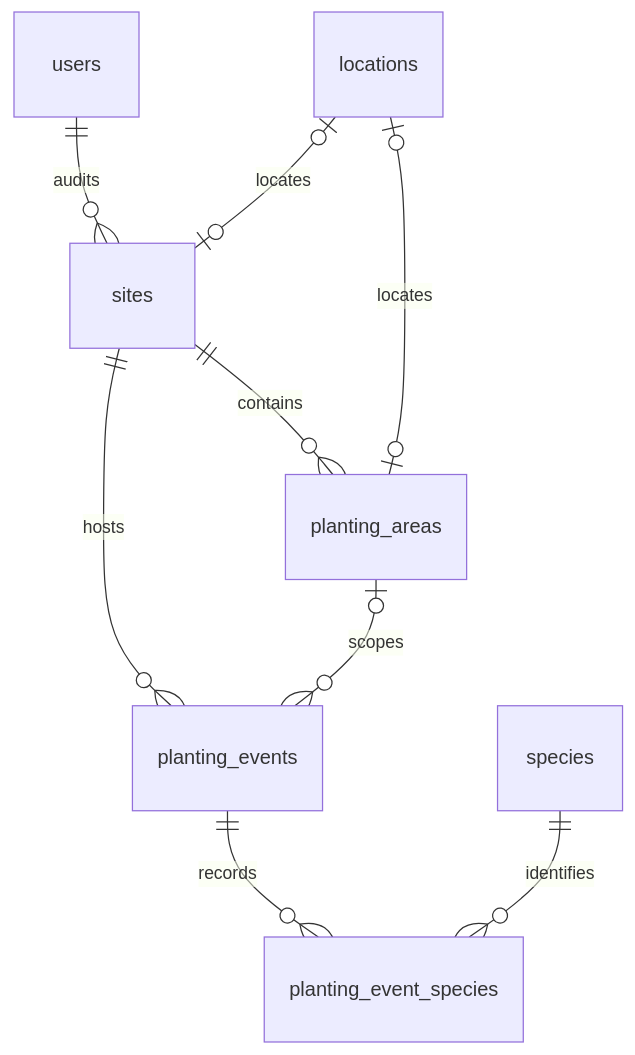
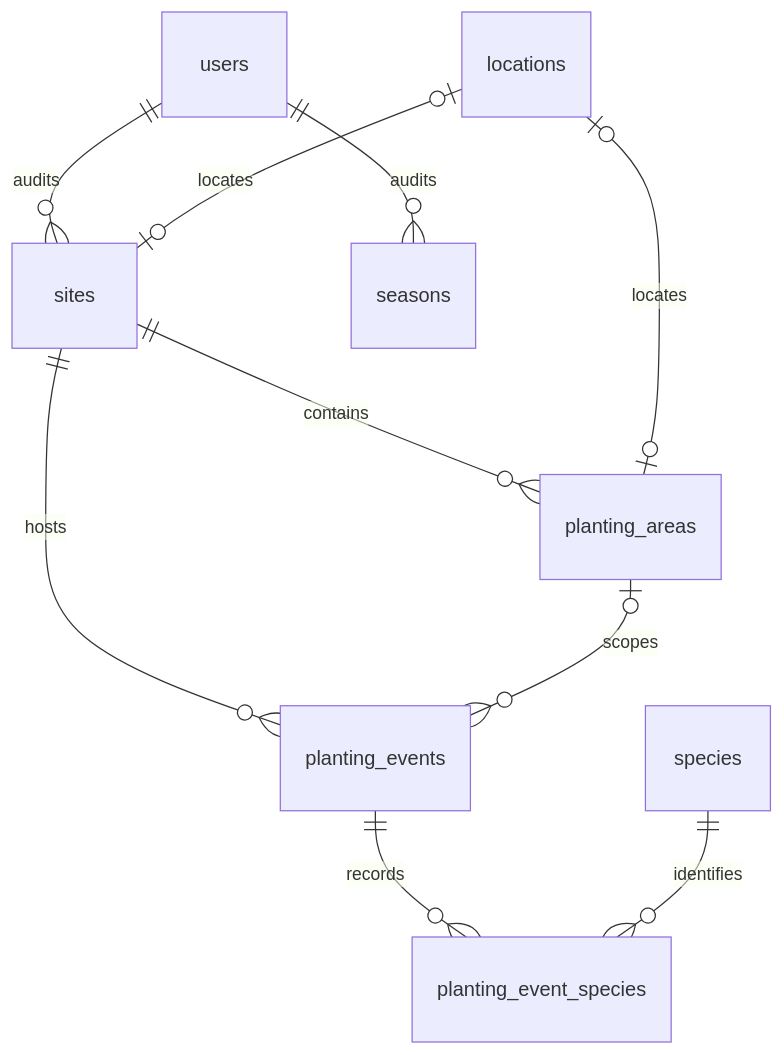
The diagram in db/README.md (qtn-community-tech-lab/whakatipu-planting-records), drawn with Mermaid before and after one commit. The commit also changed other lines of this file and 93 other files, not shown here.

````diff
--- a/db/README.md
+++ b/db/README.md
@@ -17,11 +17,12 @@
 ```mermaid
 erDiagram
   users ||--o{ sites : audits
+  users ||--o{ seasons : audits
   sites ||--o{ planting_areas : contains
   sites ||--o{ planting_events : hosts
   locations |o--o| sites : locates
   locations |o--o| planting_areas : locates
   planting_areas |o--o{ planting_events : scopes
   planting_events ||--o{ planting_event_species : records
   species ||--o{ planting_event_species : identifies
 ```
````
